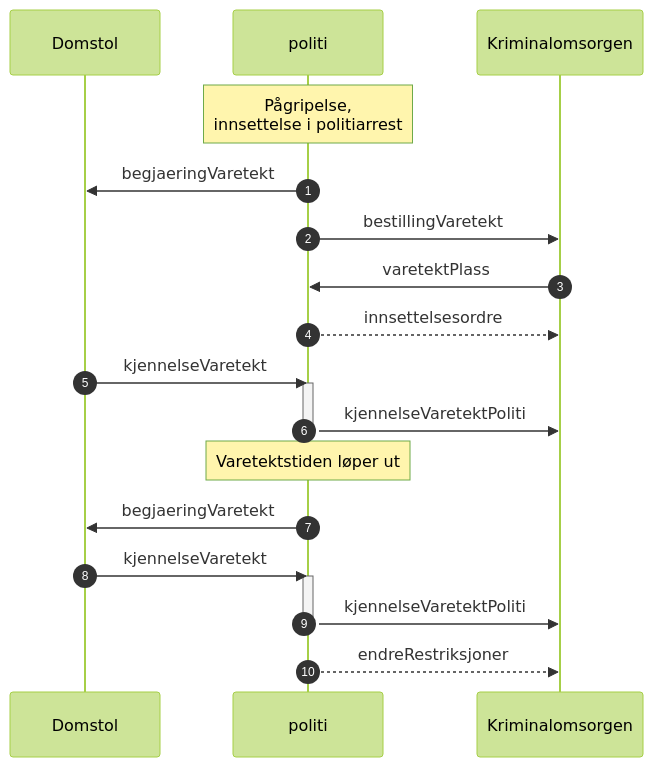
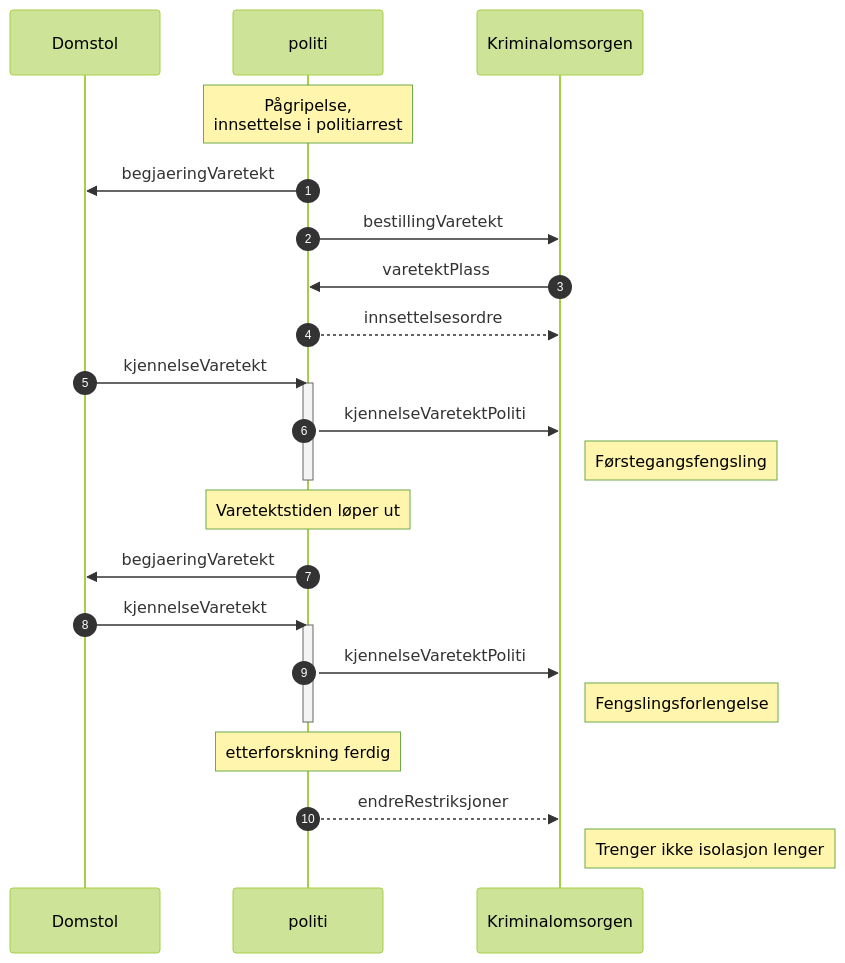
The diagram in kontrakter/politi/kjennelseVaretektPoliti/readme.md (domstolene/ESAS), drawn with Mermaid (forest theme) before and after one commit. The commit also changed other lines of this file and 3 other files, not shown here.

````diff
--- a/kontrakter/politi/kjennelseVaretektPoliti/readme.md
+++ b/kontrakter/politi/kjennelseVaretektPoliti/readme.md
@@ -30,23 +35,27 @@
 ```mermaid
 sequenceDiagram
   autonumber
   participant da as Domstol
   Participant pd as politi
   Participant kdi as Kriminalomsorgen
   Note over pd: Pågripelse, <br/>innsettelse i politiarrest
   pd->>da: begjaeringVaretekt
   pd->>kdi:bestillingVaretekt
   kdi->>pd:varetektPlass
   pd-->>kdi:innsettelsesordre
   da->>pd:kjennelseVaretekt
   activate pd
   pd->>kdi:kjennelseVaretektPoliti
+  note right of kdi: Førstegangsfengsling
   deactivate pd
   note over pd: Varetektstiden løper ut
   pd->>da: begjaeringVaretekt
   da->>pd:kjennelseVaretekt
   activate pd
   pd->>kdi:kjennelseVaretektPoliti
+  note right of kdi: Fengslingsforlengelse
   deactivate pd
+  note over pd: etterforskning ferdig
   pd-->>kdi:endreRestriksjoner
+  note right of kdi: Trenger ikke isolasjon lenger
 ```
````
